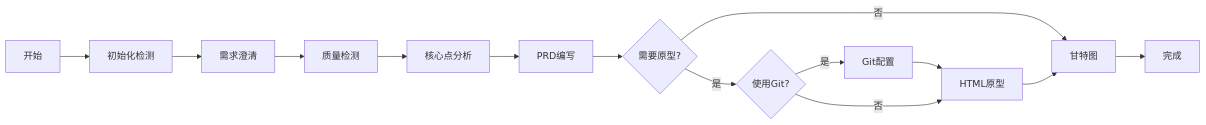
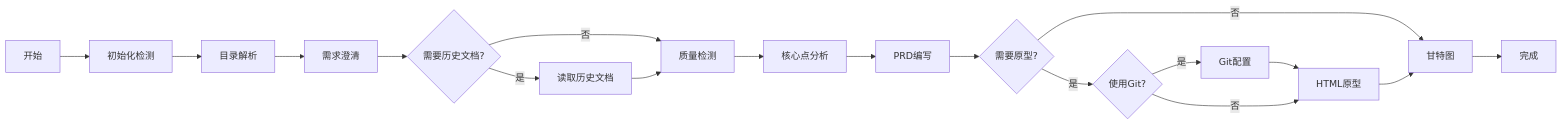
Before and after one commit to kelbyhuang88-sudo/prd-workflow-plugin: the second of 5 diagrams in docs/使用手册-培训版.md, drawn with Mermaid. The commit also changed other lines of this file and 1 other file, not shown here.

````diff
--- a/docs/使用手册-培训版.md
+++ b/docs/使用手册-培训版.md
@@ -114,16 +123,20 @@
 ```mermaid
 flowchart LR
     A["开始"] --> B["初始化检测"]
-    B --> C["需求澄清"]
-    C --> D["质量检测"]
-    D --> E["核心点分析"]
-    E --> F["PRD编写"]
-    F --> G{"需要原型?"}
-    G -->|是| H{"使用Git?"}
-    H -->|是| I["Git配置"]
-    I --> J["HTML原型"]
-    H -->|否| J
-    G -->|否| K["甘特图"]
-    J --> K
-    K --> L["完成"]
+    B --> C["目录解析"]
+    C --> D["需求澄清"]
+    D --> E{"需要历史文档?"}
+    E -->|是| F["读取历史文档"]
+    E -->|否| G["质量检测"]
+    F --> G
+    G --> H["核心点分析"]
+    H --> I["PRD编写"]
+    I --> J{"需要原型?"}
+    J -->|是| K{"使用Git?"}
+    K -->|是| L["Git配置"]
+    L --> M["HTML原型"]
+    K -->|否| M
+    J -->|否| N["甘特图"]
+    M --> N
+    N --> O["完成"]
 ```
````
